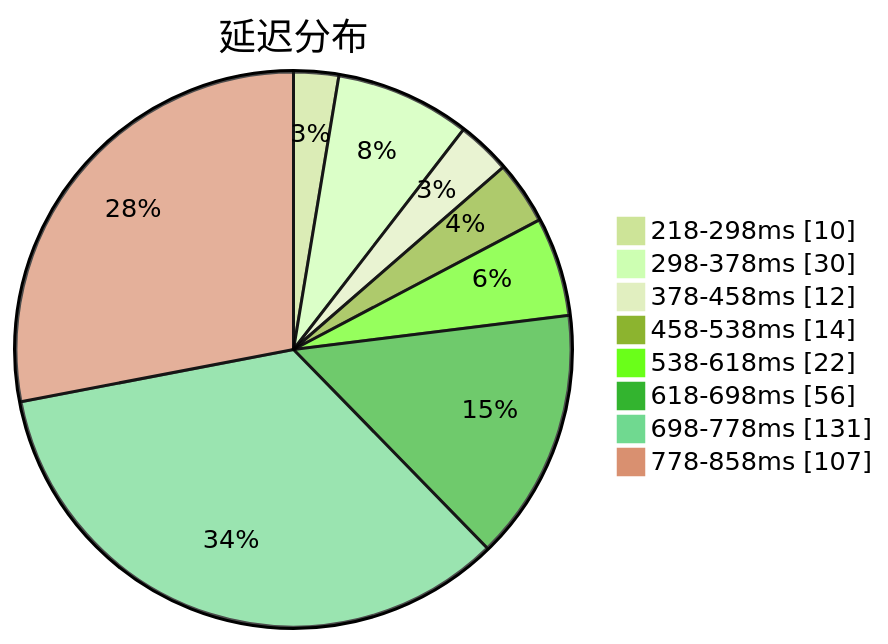
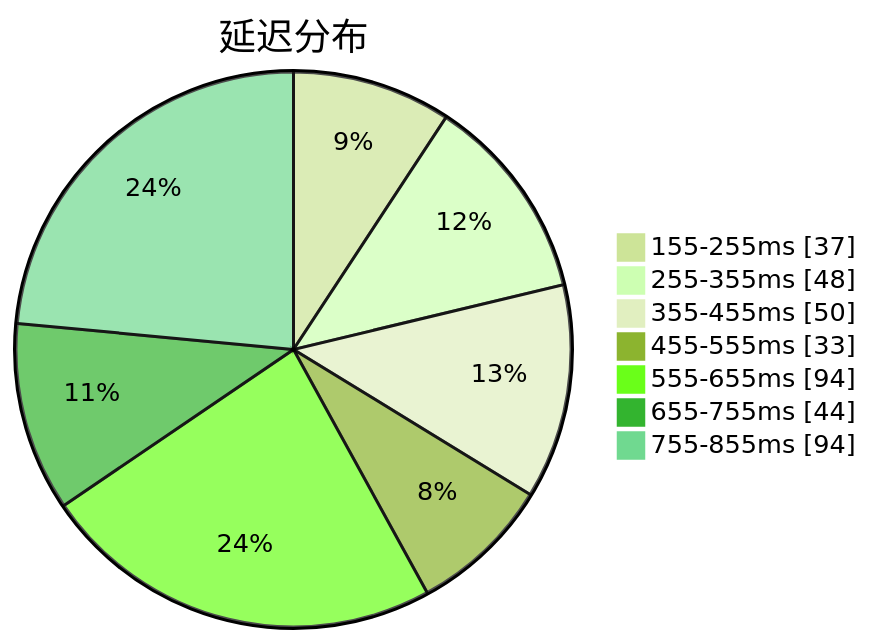
Before and after one commit to qjlxg/airport: the first of 3 diagrams in subs/statistics/tested_within.md, drawn with Mermaid (forest theme). The commit also changed other lines of this file and 2 other files, not shown here.

````diff
--- a/subs/statistics/tested_within.md
+++ b/subs/statistics/tested_within.md
@@ -2,12 +2,11 @@
 ```mermaid
 pie showData
 title 延迟分布
-"218-298ms" : 10
-"298-378ms" : 30
-"378-458ms" : 12
-"458-538ms" : 14
-"538-618ms" : 22
-"618-698ms" : 56
-"698-778ms" : 131
-"778-858ms" : 107
+"155-255ms" : 37
+"255-355ms" : 48
+"355-455ms" : 50
+"455-555ms" : 33
+"555-655ms" : 94
+"655-755ms" : 44
+"755-855ms" : 94
 ```
````
